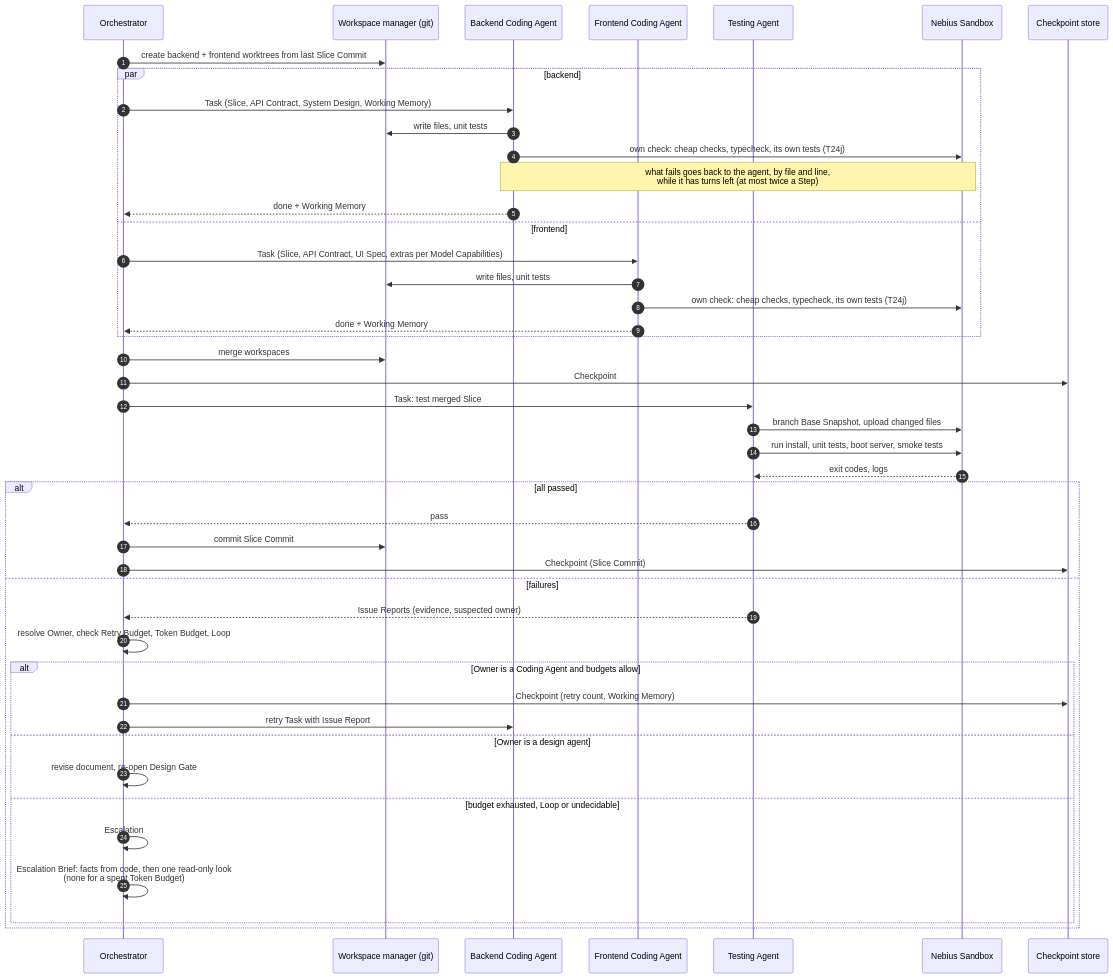
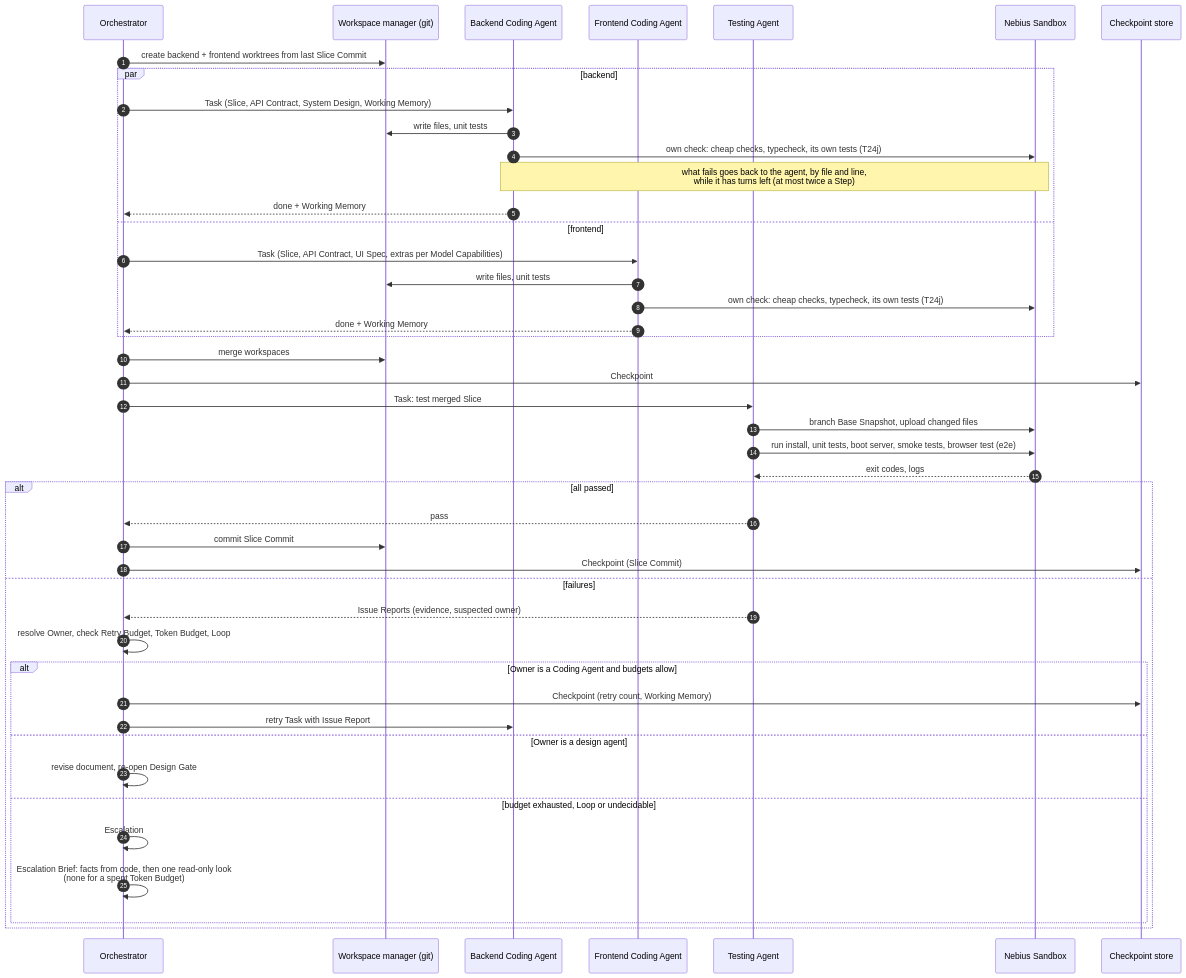
The seventh of 10 diagrams in docs/design/uml.md (ChinGuang/sdlc-code), drawn with Mermaid before and after one commit. The commit also changed 19 other files, not shown here.

First line of the commit message:
S1a: a browser test ends every Test Run

````diff
--- a/docs/design/uml.md
+++ b/docs/design/uml.md
@@ -422,48 +422,48 @@
 ```mermaid
 sequenceDiagram
   autonumber
   participant O as Orchestrator
   participant W as Workspace manager (git)
   participant BE as Backend Coding Agent
   participant FE as Frontend Coding Agent
   participant T as Testing Agent
   participant S as Nebius Sandbox
   participant DB as Checkpoint store
 
   O->>W: create backend + frontend worktrees from last Slice Commit
   par backend
     O->>BE: Task (Slice, API Contract, System Design, Working Memory)
     BE->>W: write files, unit tests
     BE->>S: own check: cheap checks, typecheck, its own tests (T24j)
     Note over BE,S: what fails goes back to the agent, by file and line,<br/>while it has turns left (at most twice a Step)
     BE-->>O: done + Working Memory
   and frontend
     O->>FE: Task (Slice, API Contract, UI Spec, extras per Model Capabilities)
     FE->>W: write files, unit tests
     FE->>S: own check: cheap checks, typecheck, its own tests (T24j)
     FE-->>O: done + Working Memory
   end
   O->>W: merge workspaces
   O->>DB: Checkpoint
   O->>T: Task: test merged Slice
   T->>S: branch Base Snapshot, upload changed files
-  T->>S: run install, unit tests, boot server, smoke tests
+  T->>S: run install, unit tests, boot server, smoke tests, browser test (e2e)
   S-->>T: exit codes, logs
   alt all passed
     T-->>O: pass
     O->>W: commit Slice Commit
     O->>DB: Checkpoint (Slice Commit)
   else failures
     T-->>O: Issue Reports (evidence, suspected owner)
     O->>O: resolve Owner, check Retry Budget, Token Budget, Loop
     alt Owner is a Coding Agent and budgets allow
       O->>DB: Checkpoint (retry count, Working Memory)
       O->>BE: retry Task with Issue Report
     else Owner is a design agent
       O->>O: revise document, re-open Design Gate
     else budget exhausted, Loop or undecidable
       O->>O: Escalation
       O->>O: Escalation Brief: facts from code, then one read-only look<br/>(none for a spent Token Budget)
     end
   end
 ```
````
